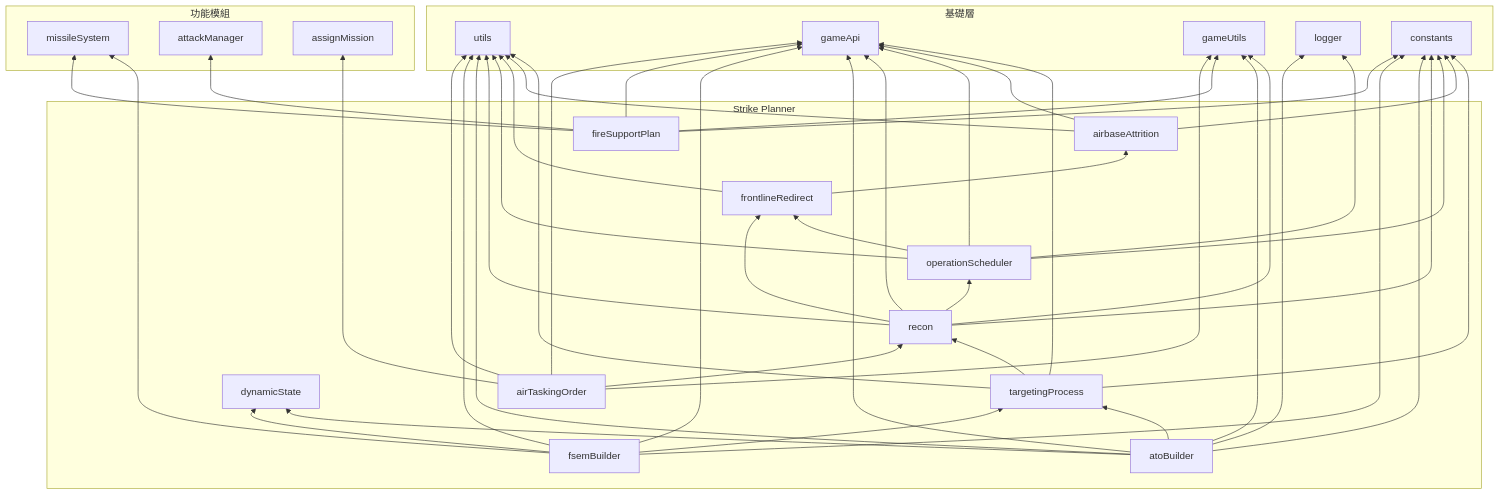
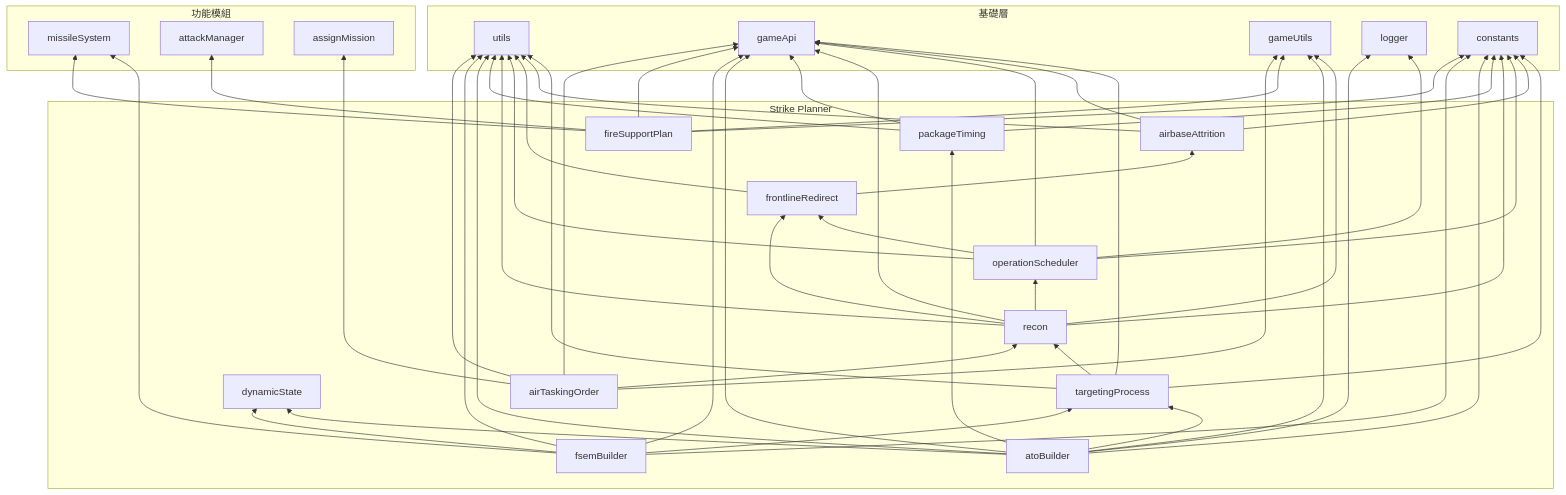
Before and after one commit to pullupjumper/formosa-in-flames: the third of 3 diagrams in docs/strikePlanner/README.md, drawn with Mermaid. The commit also changed other lines of this file and 17 other files, not shown here.

First line of the commit message:
refactor(strikePlanner): extract package timing and rename StrikePlanner API

````diff
--- a/docs/strikePlanner/README.md
+++ b/docs/strikePlanner/README.md
@@ -215,39 +217,41 @@
 ```mermaid
 flowchart BT
     subgraph 基礎層
         UTILS["utils"]
         GAMEAPI["gameApi"]
         GAMEUTILS["gameUtils"]
         LOGGER["logger"]
         CONSTANTS["constants"]
     end
 
     subgraph 功能模組
         MISSILE["missileSystem"]
         ATTACK["attackManager"]
         ASSIGN["assignMission"]
     end
 
     subgraph Strike Planner
         TP["targetingProcess"]
         RECON["recon"]
         DSTATE["dynamicState"]
         RSCHED["operationScheduler"]
         FREDIR["frontlineRedirect"]
         ATTR["airbaseAttrition"]
         ATO["airTaskingOrder"]
         FSP["fireSupportPlan"]
         DFSP["fsemBuilder"]
         DATO["atoBuilder"]
+        PKGT["packageTiming"]
     end
 
     ATO --> UTILS & GAMEAPI & GAMEUTILS & ASSIGN & RECON
     FSP --> GAMEAPI & GAMEUTILS & ATTACK & MISSILE & CONSTANTS
     DFSP --> TP & DSTATE & GAMEAPI & UTILS & MISSILE & CONSTANTS
-    DATO --> TP & DSTATE & GAMEAPI & GAMEUTILS & UTILS & LOGGER & CONSTANTS
+    DATO --> TP & DSTATE & PKGT & GAMEAPI & GAMEUTILS & UTILS & LOGGER & CONSTANTS
+    PKGT --> GAMEAPI & UTILS & CONSTANTS
     RECON --> RSCHED & FREDIR & GAMEAPI & GAMEUTILS & UTILS & CONSTANTS
     RSCHED --> FREDIR & GAMEAPI & UTILS & LOGGER & CONSTANTS
     FREDIR --> ATTR & UTILS
     ATTR --> GAMEAPI & UTILS & CONSTANTS
     TP --> GAMEAPI & UTILS & RECON & CONSTANTS
 ```
````
